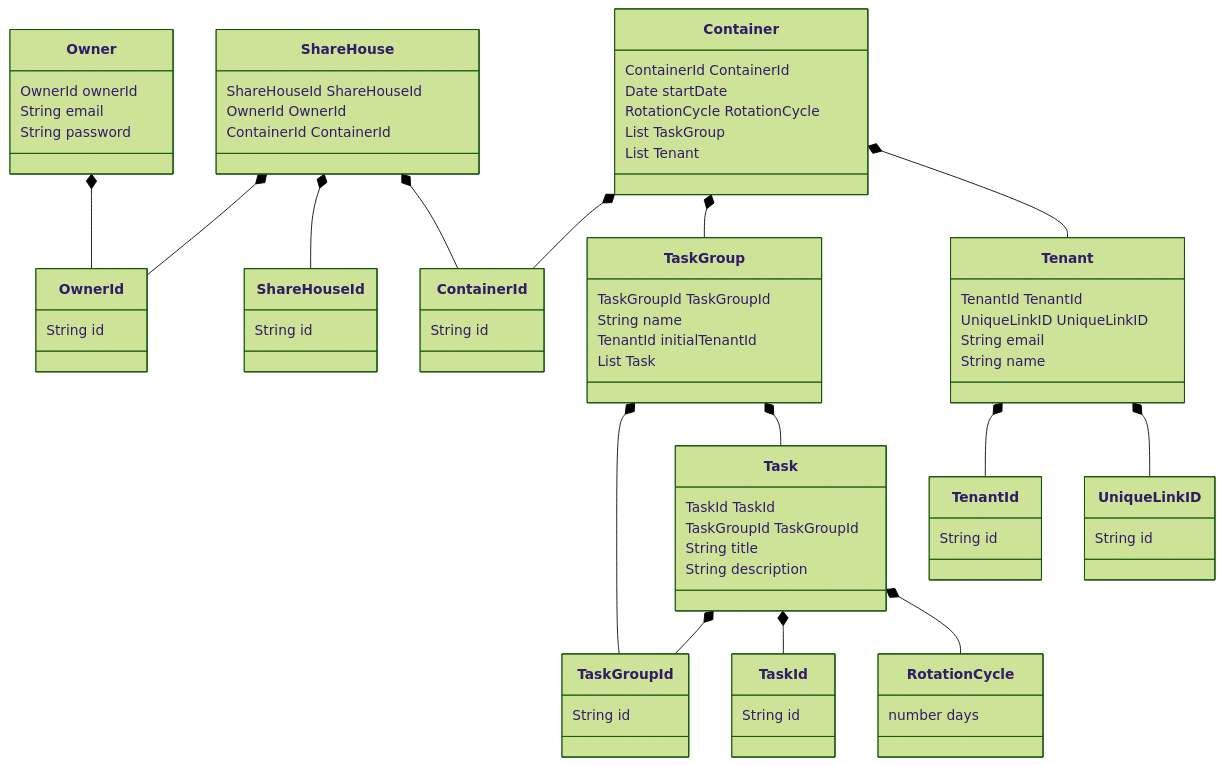
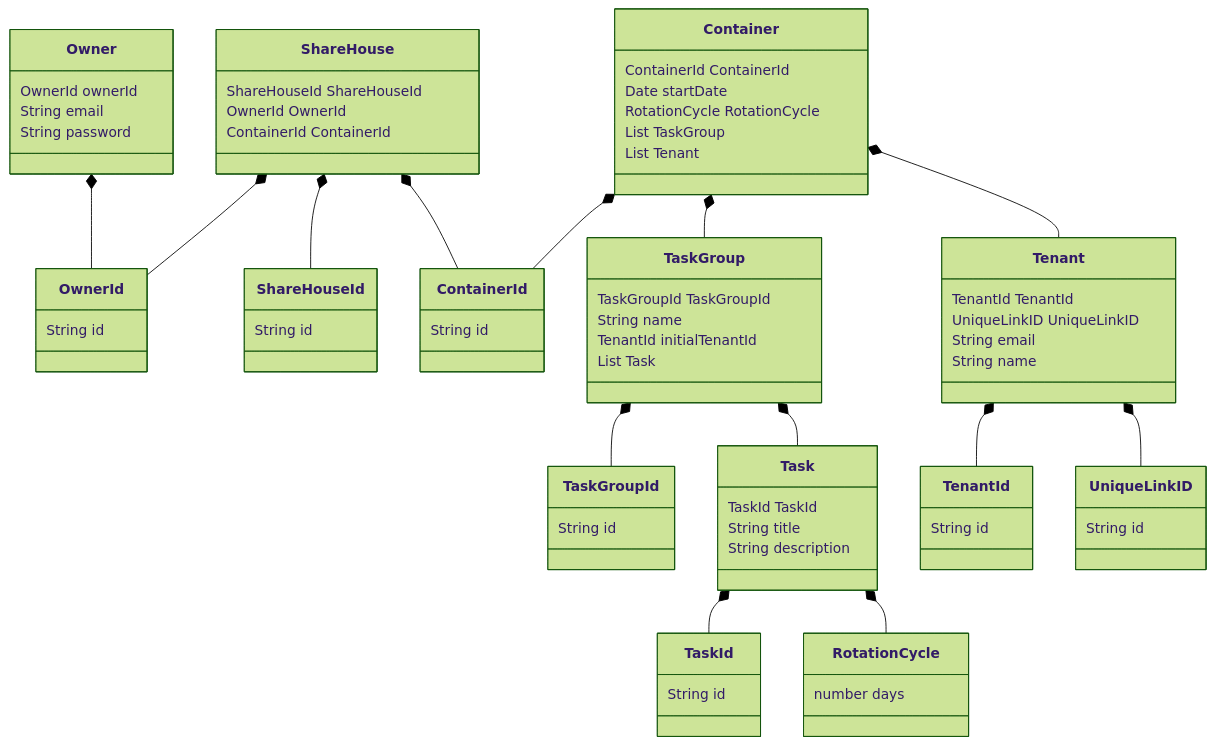
The diagram in modeling.md (Tascurator/tascurator-documents), drawn with Mermaid (forest theme) before and after one commit.

Commit message:
docs: remove TaskGroupId from Task class

```diff
--- a/modeling.md
+++ b/modeling.md
@@ -49,7 +49,6 @@
 
     class Task {
         TaskId TaskId
-        TaskGroupId TaskGroupId
         String title
         String description
     }
@@ -82,7 +81,6 @@
     TaskGroup *-- TaskGroupId
     Container *-- Tenant
     TaskGroup *-- Task
-    Task *-- TaskGroupId
     Task *-- TaskId
     Task *-- RotationCycle
     Tenant *-- TenantId
```
